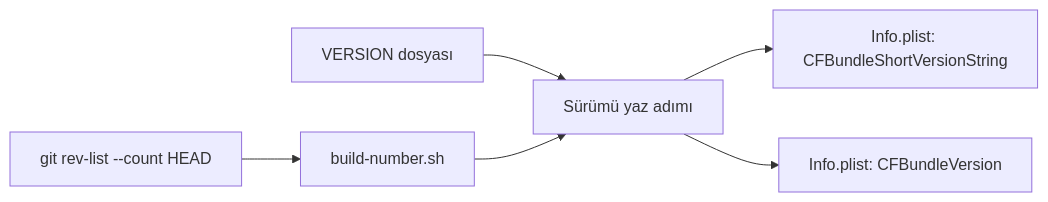
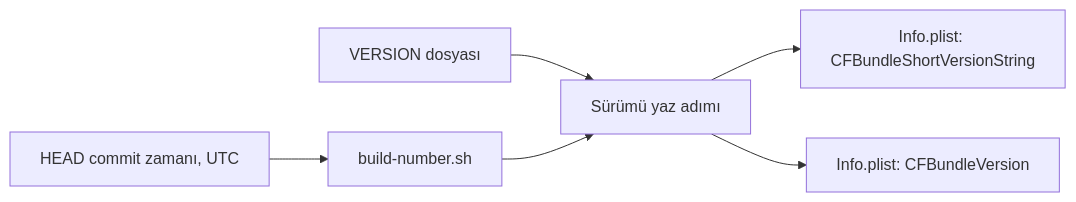
The fourth of 4 diagrams in README.md (dogancanyildiz/kenet), drawn with Mermaid before and after one commit. The commit also changed other lines of this file and 24 other files, not shown here.

````diff
--- a/README.md
+++ b/README.md
@@ -295,7 +297,7 @@
 ```mermaid
 flowchart LR
   A[VERSION dosyası] --> C[Sürümü yaz adımı]
-  B["git rev-list --count HEAD"] --> D[build-number.sh] --> C
+  B["HEAD commit zamanı, UTC"] --> D[build-number.sh] --> C
   C --> E[Info.plist: CFBundleShortVersionString]
   C --> F[Info.plist: CFBundleVersion]
 ```
````
